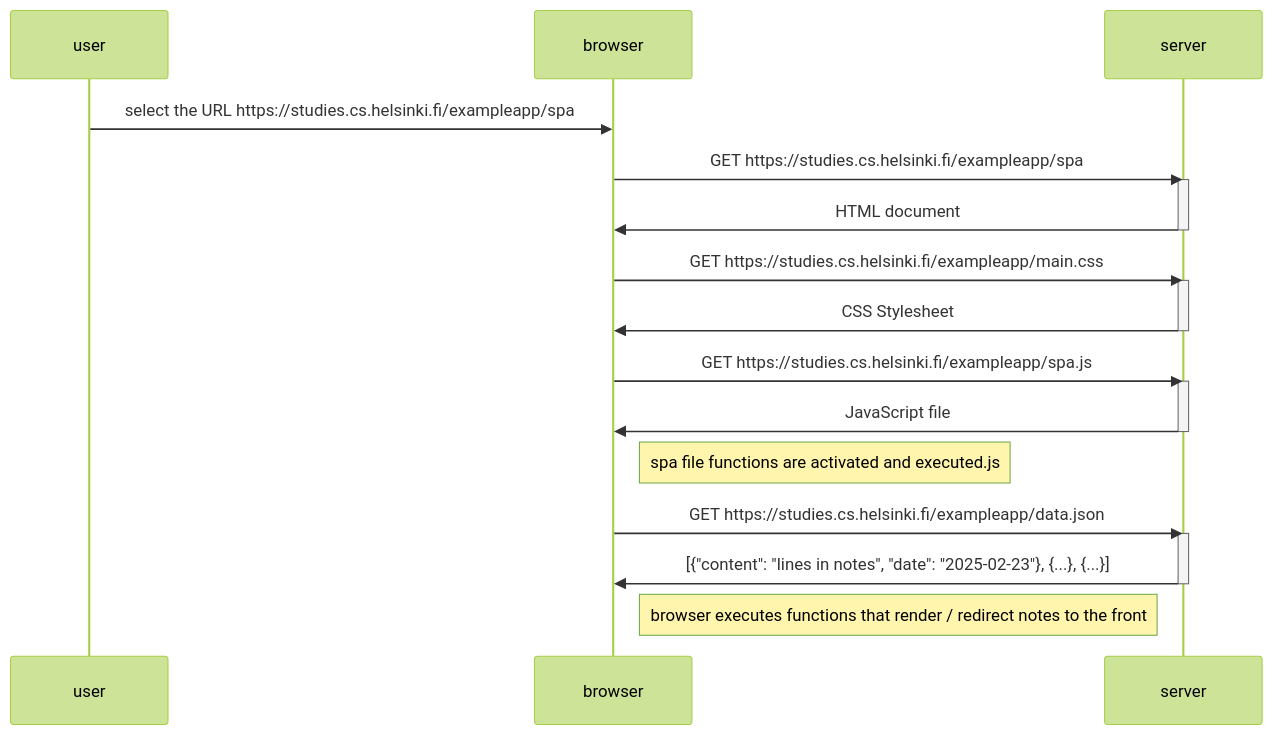
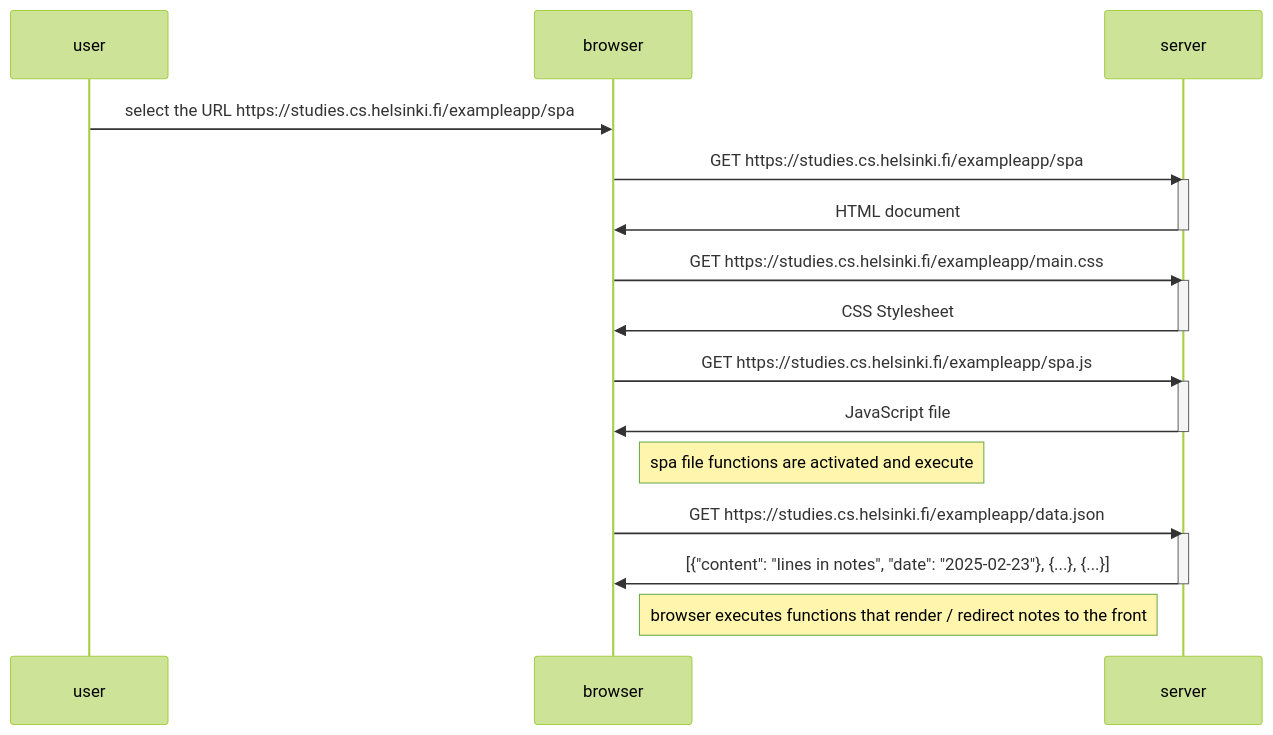
The diagram in part0/0.5_spa_diagram.md (nana-v1/fullstackopen), drawn with Mermaid (forest theme) before and after one commit.

Commit message:
Provision of misspelled words on line 24: change from 'executed.js' to 'executed'

````diff
--- a/part0/0.5_spa_diagram.md
+++ b/part0/0.5_spa_diagram.md
@@ -1,32 +1,32 @@
 ``` mermaid
 sequenceDiagram
     participant user
     participant browser
     participant server
 
     user->>browser: select the URL https://studies.cs.helsinki.fi/exampleapp/spa
 
     browser->>server: GET https://studies.cs.helsinki.fi/exampleapp/spa
     activate server
     server->>browser: HTML document
     deactivate server
 
     browser->>server: GET https://studies.cs.helsinki.fi/exampleapp/main.css
     activate server
     server->>browser: CSS Stylesheet
     deactivate server
 
     browser->>server: GET https://studies.cs.helsinki.fi/exampleapp/spa.js
     activate server
     server->>browser: JavaScript file
     deactivate server
 
-    Note right of browser: spa file functions are activated and executed.js
+    Note right of browser: spa file functions are activated and execute
     browser->>server: GET https://studies.cs.helsinki.fi/exampleapp/data.json
     activate server
     server->>browser: [{"content": "lines in notes", "date": "2025-02-23"}, {...}, {...}]
     deactivate server
 
     Note right of browser: browser executes functions that render / redirect notes to the front
 
 ```
````
